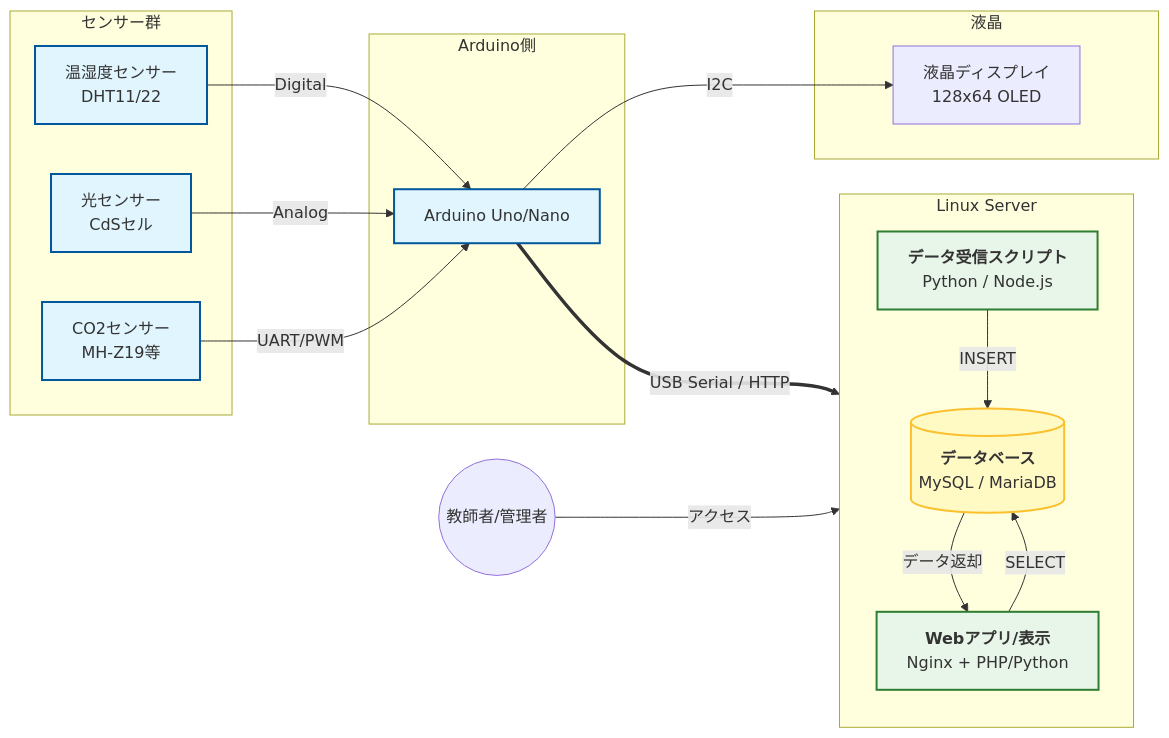
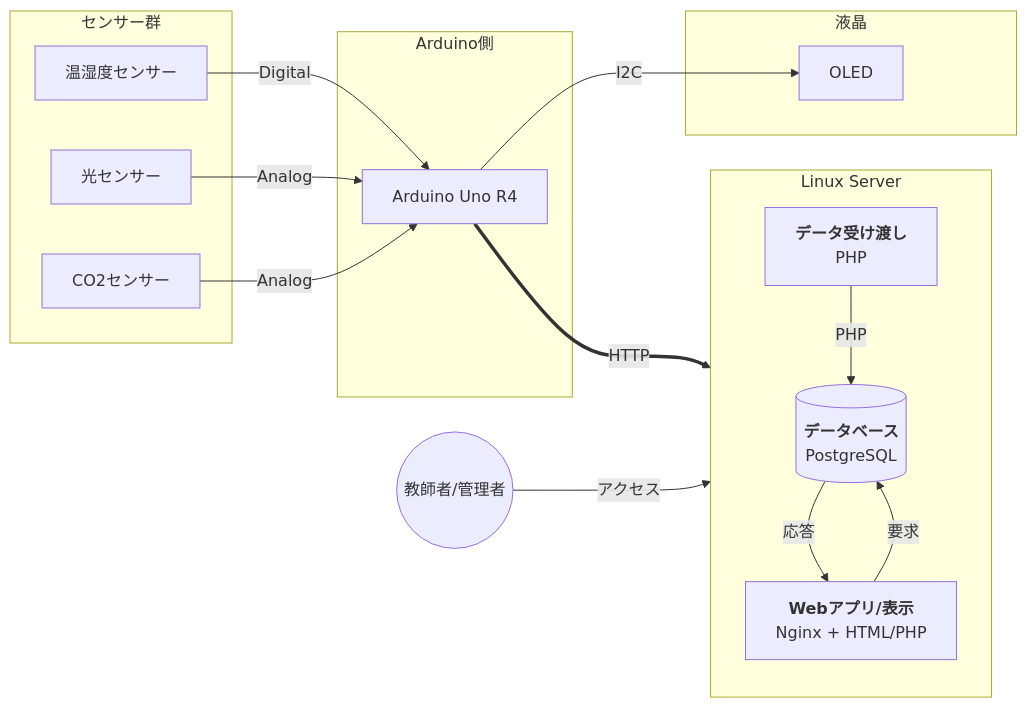
The diagram in mermaid_js/archetexter.mmd (chiisanaokome/html), drawn with Mermaid before and after one commit.

Commit message:
fix 通信経路

```diff
--- a/mermaid_js/archetexter.mmd
+++ b/mermaid_js/archetexter.mmd
@@ -1,47 +1,47 @@
 graph LR
     %% スタイルの定義
-    classDef hardware fill:#e1f5fe,stroke:#01579b,stroke-width:2px;
-    classDef server fill:#e8f5e9,stroke:#2e7d32,stroke-width:2px;
-    classDef db fill:#fff9c4,stroke:#fbc02d,stroke-width:2px;
+    %% classDef hardware fill:#e1f5fe,stroke:#01579b,stroke-width:2px;
+    %% classDef server fill:#e8f5e9,stroke:#2e7d32,stroke-width:2px;
+    %% classDef db fill:#fff9c4,stroke:#fbc02d,stroke-width:2px;
 
     subgraph Sensors [センサー群]
-        DHT[温湿度センサー<br>DHT11/22]
-        Photo[光センサー<br>CdSセル]
-        MHZ[CO2センサー<br>MH-Z19等]
+        DHT[温湿度センサー]
+        Photo[光センサー]
+        MHZ[CO2センサー]
     end
 
     subgraph Output_Status[液晶]
-        OLED[液晶ディスプレイ<br>128x64 OLED]
+        OLED[OLED]
     end
 
     subgraph Arduino_Unit [Arduino側]
-        Arduino[Arduino Uno/Nano]
+        Arduino[Arduino Uno R4]
     end
 
     subgraph Linux_Server [Linux Server]
         direction TB
-        Receiver[<b>データ受信スクリプト</b><br>Python / Node.js]
-        Database[(<b>データベース</b><br>MySQL / MariaDB)]
-        WebApp[<b>Webアプリ/表示</b><br>Nginx + PHP/Python]
+        Receiver[<b>データ受け渡し</b><br>PHP]
+        Database[(<b>データベース</b><br>PostgreSQL)]
+        WebApp[<b>Webアプリ/表示</b><br>Nginx + HTML/PHP]
     end
 
     User((教師者/管理者))
 
     %% 接続関係
     DHT -->|Digital| Arduino
     Photo -->|Analog| Arduino
-    MHZ -->|UART/PWM| Arduino
+    MHZ -->|Analog| Arduino
     
 
-    Arduino ==>|USB Serial / HTTP| Receiver
-    Receiver -->|INSERT| Database
+    Arduino ==>|HTTP| Receiver
+    Receiver -->|PHP| Database
     Arduino -->|I2C| OLED
     
     User -->|アクセス| WebApp
-    WebApp -->|SELECT| Database
-    Database -->|データ返却| WebApp
+    WebApp -->|要求| Database
+    Database -->|応答| WebApp
 
     %% クラス適用
     class DHT,Photo,MHZ,Arduino hardware;
     class Receiver,WebApp server;
     class Database db;
```
